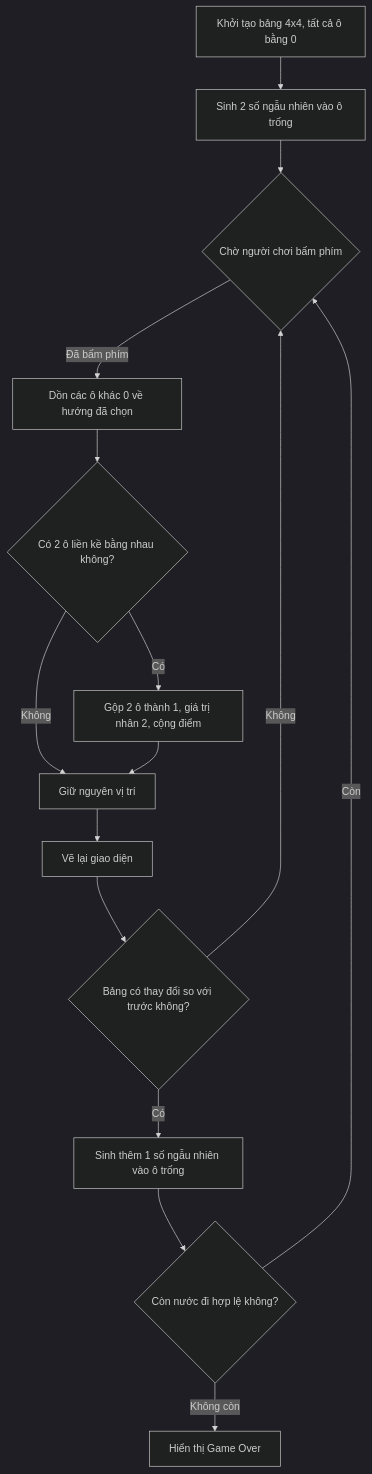
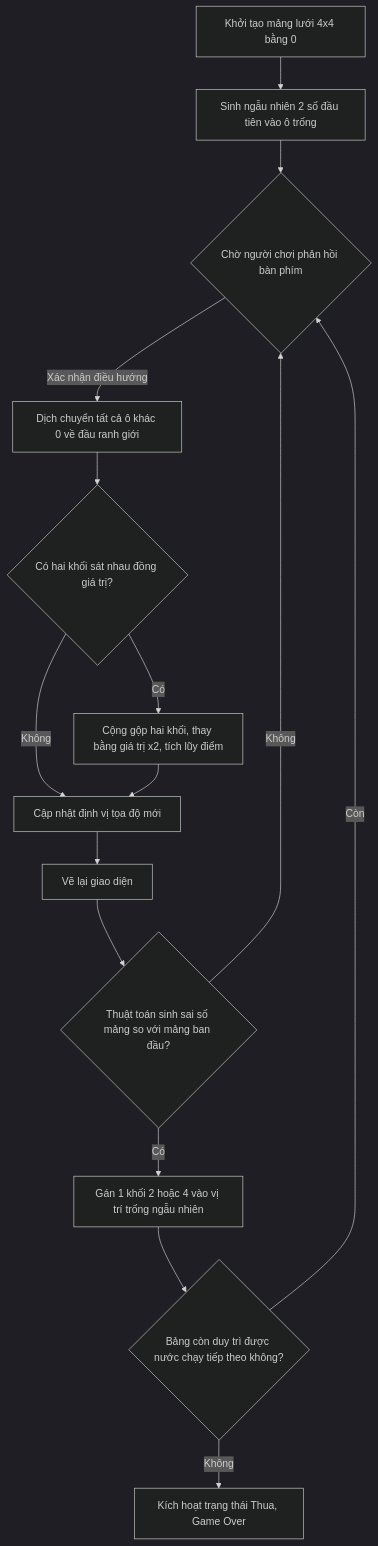
The diagram in README.md (MinhThang1009/game-2048), drawn with Mermaid (dark theme) before and after one commit. The commit also changed other lines of this file, not shown here.

````diff
--- a/README.md
+++ b/README.md
@@ -30,17 +47,17 @@
 ```mermaid
 graph TD
-    A[Khởi tạo bảng 4x4, tất cả ô bằng 0] --> B[Sinh 2 số ngẫu nhiên vào ô trống]
-    B --> C{Chờ người chơi bấm phím}
-    C -->|Đã bấm phím| D[Dồn các ô khác 0 về hướng đã chọn]
-    D --> E{Có 2 ô liền kề bằng nhau không?}
-    E -->|Có| F[Gộp 2 ô thành 1, giá trị nhân 2, cộng điểm]
-    E -->|Không| G[Giữ nguyên vị trí]
+    A[Khởi tạo mảng lưới 4x4 bằng 0] --> B[Sinh ngẫu nhiên 2 số đầu tiên vào ô trống]
+    B --> C{Chờ người chơi phản hồi bàn phím}
+    C -->|Xác nhận điều hướng | D[Dịch chuyển tất cả ô khác 0 về đầu ranh giới]
+    D --> E{Có hai khối sát nhau đồng giá trị?}
+    E -->|Có| F[Cộng gộp hai khối, thay bằng giá trị x2, tích lũy điểm]
+    E -->|Không| G[Cập nhật định vị tọa độ mới]
     F --> G
     G --> H[Vẽ lại giao diện]
-    H --> I{Bảng có thay đổi so với trước không?}
-    I -->|Có| J[Sinh thêm 1 số ngẫu nhiên vào ô trống]
+    H --> I{Thuật toán sinh sai số mảng so với mảng ban đầu?}
+    I -->|Có| J[Gán 1 khối 2 hoặc 4 vào vị trí trống ngẫu nhiên]
     I -->|Không| C
-    J --> K{Còn nước đi hợp lệ không?}
+    J --> K{Bảng còn duy trì được nước chạy tiếp theo không?}
     K -->|Còn| C
-    K -->|Không còn| L[Hiển thị Game Over]
+    K -->|Không| L[Kích hoạt trạng thái Thua, Game Over]
 ```
````
